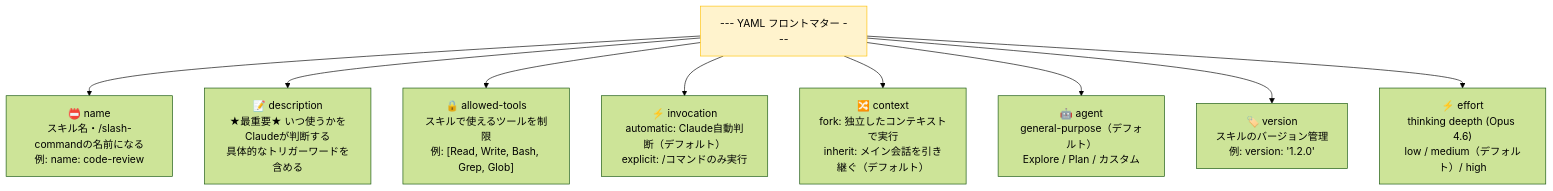
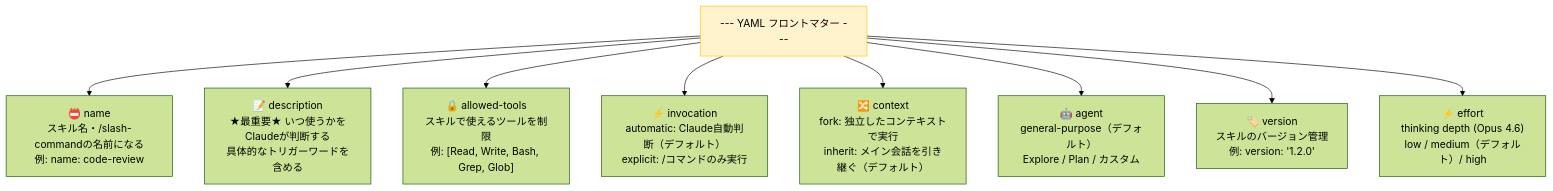
One commit to myoshi2891/Comparison-of-LLMs changed the eighth of 12 diagrams in claude/skill-guide-for-claude.md. Above: the diagram before and after it, drawn with Mermaid (forest theme). The commit also changed 6 other files, not shown here.

Commit message:
docs(claude): renumber sections in agent.html and update fix-mermaid skill

````diff
--- a/claude/skill-guide-for-claude.md
+++ b/claude/skill-guide-for-claude.md
@@ -434,14 +434,14 @@
 ```mermaid
 graph TD
     FM["--- YAML フロントマター ---"]
     FM --> N["📛 name\nスキル名・/slash-commandの名前になる\n例: name: code-review"]
     FM --> D["📝 description\n★最重要★ いつ使うかをClaudeが判断する\n具体的なトリガーワードを含める"]
     FM --> AT["🔒 allowed-tools\nスキルで使えるツールを制限\n例: [Read, Write, Bash, Grep, Glob]"]
     FM --> INV["⚡ invocation\nautomatic: Claude自動判断（デフォルト）\nexplicit: /コマンドのみ実行"]
     FM --> CTX["🔀 context\nfork: 独立したコンテキストで実行\ninherit: メイン会話を引き継ぐ（デフォルト）"]
     FM --> AG["🤖 agent\ngeneral-purpose（デフォルト）\nExplore / Plan / カスタム"]
     FM --> VER["🏷️ version\nスキルのバージョン管理\n例: version: '1.2.0'"]
-    FM --> EFF["⚡ effort\nthinking deepth (Opus 4.6)\nlow / medium（デフォルト）/ high"]
+    FM --> EFF["⚡ effort\nthinking depth (Opus 4.6)\nlow / medium（デフォルト）/ high"]
 
     style FM fill:#fff3cd,stroke:#ffc107
 ```
````
